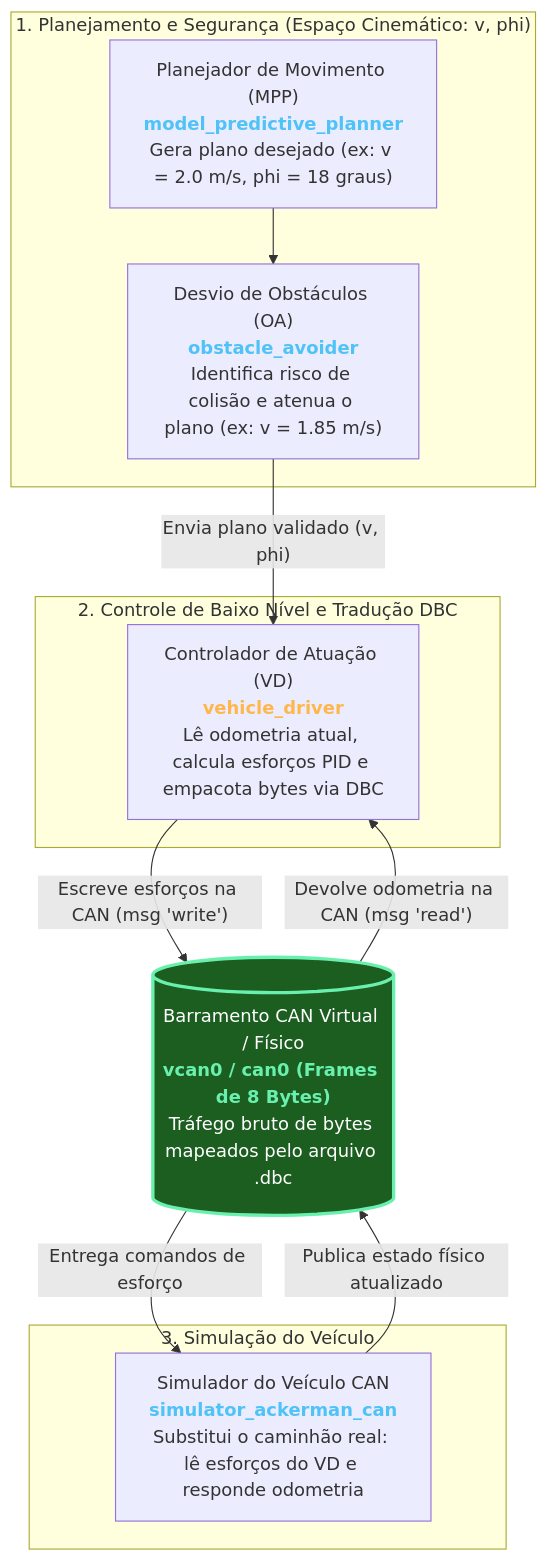
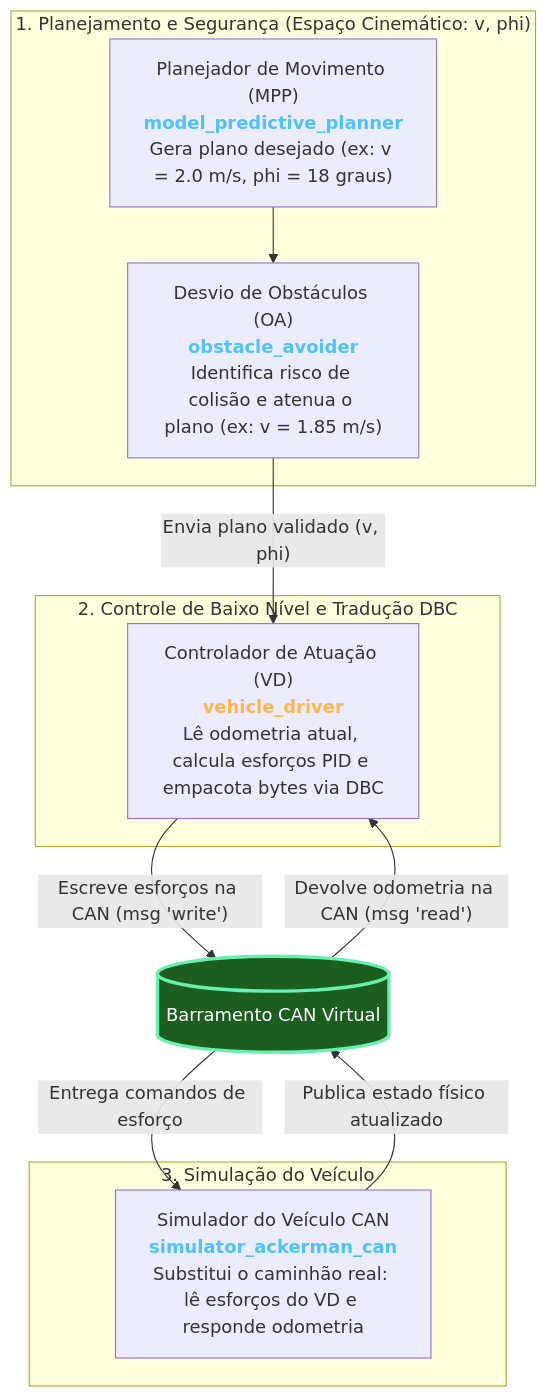
Before and after one commit to BrenoCSilva/lume: the first of 2 diagrams in simulator_ackerman/docs/01_arquitetura_e_fluxo_geral.md, drawn with Mermaid.

````diff
--- a/simulator_ackerman/docs/01_arquitetura_e_fluxo_geral.md
+++ b/simulator_ackerman/docs/01_arquitetura_e_fluxo_geral.md
@@ -7,26 +7,26 @@
 ```mermaid
 flowchart TD
     subgraph AltoNivel ["1. Planejamento e Segurança (Espaço Cinemático: v, phi)"]
         MPP["Planejador de Movimento (MPP)<br/><b style='color:#4fc3f7'>model_predictive_planner</b><br/>Gera plano desejado (ex: v = 2.0 m/s, phi = 18 graus)"]
         MPP --> OA["Desvio de Obstáculos (OA)<br/><b style='color:#4fc3f7'>obstacle_avoider</b><br/>Identifica risco de colisão e atenua o plano (ex: v = 1.85 m/s)"]
     end
 
     OA -->|"Envia plano validado (v, phi)"| VD
 
     subgraph Controle ["2. Controle de Baixo Nível e Tradução DBC"]
         VD["Controlador de Atuação (VD)<br/><b style='color:#ffb74d'>vehicle_driver</b><br/>Lê odometria atual, calcula esforços PID e empacota bytes via DBC"]
     end
 
-    CAN_BUS[("Barramento CAN Virtual / Físico<br/><b style='color:#69f0ae'>vcan0 / can0 (Frames de 8 Bytes)</b><br/>Tráfego bruto de bytes mapeados pelo arquivo .dbc")]
+    CAN_BUS[("Barramento CAN Virtual")]
 
     subgraph HardwareOuSim ["3. Simulação do Veículo"]
         SIM["Simulador do Veículo CAN<br/><b style='color:#4fc3f7'>simulator_ackerman_can</b><br/>Substitui o caminhão real: lê esforços do VD e responde odometria"]
     end
 
     VD -->|"Escreve esforços na CAN (msg 'write')"| CAN_BUS
     CAN_BUS -->|"Devolve odometria na CAN (msg 'read')"| VD
     CAN_BUS -->|"Entrega comandos de esforço"| SIM
     SIM -->|"Publica estado físico atualizado"| CAN_BUS
 
     style CAN_BUS fill:#1b5e20,stroke:#69f0ae,stroke-width:3px,color:#ffffff
 ```
````
